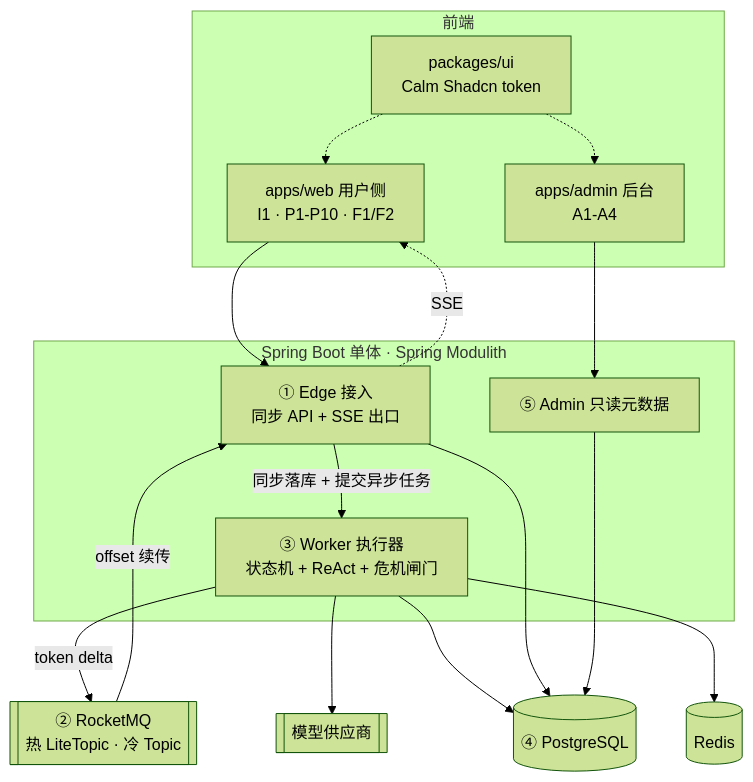
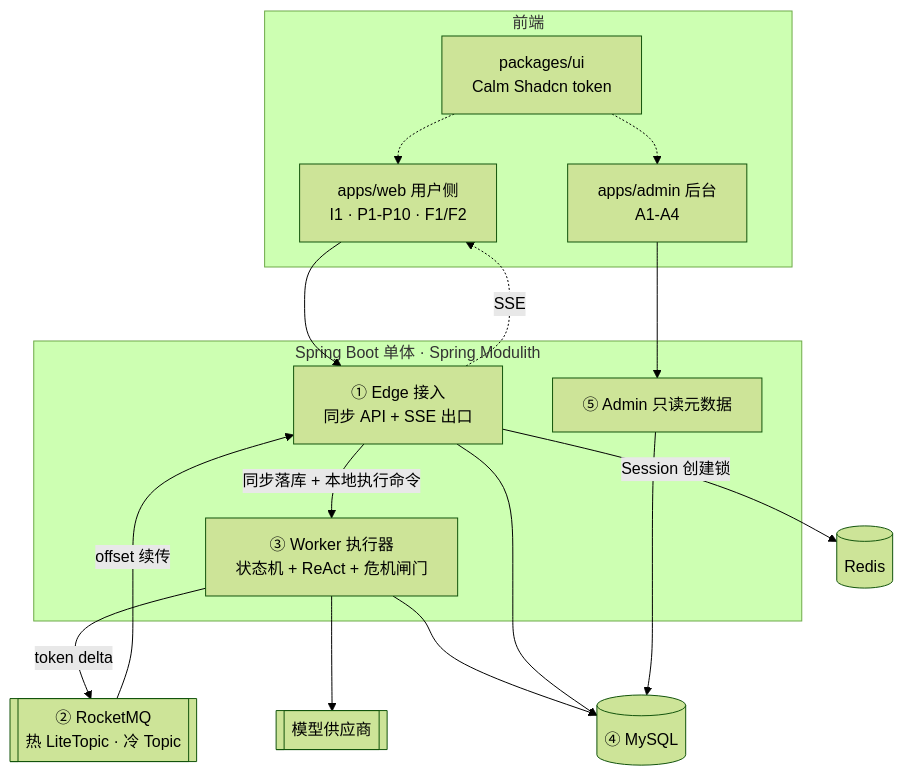
Before and after one commit to Cu1ii/cu1-obisidian: the diagram in project/psychological-reflection-agent/design/technical-architecture-overview.md, drawn with Mermaid (forest theme). The commit also changed other lines of this file and 5 other files, not shown here.

````diff
--- a/project/psychological-reflection-agent/design/technical-architecture-overview.md
+++ b/project/psychological-reflection-agent/design/technical-architecture-overview.md
@@ -20,33 +20,33 @@
 ```mermaid
 flowchart TB
   subgraph FE["前端"]
     W["apps/web 用户侧<br/>I1 · P1-P10 · F1/F2"]
     AD["apps/admin 后台<br/>A1-A4"]
     UI["packages/ui<br/>Calm Shadcn token"]
   end
 
   subgraph BE["Spring Boot 单体 · Spring Modulith"]
     E["① Edge 接入<br/>同步 API + SSE 出口"]
     K["③ Worker 执行器<br/>状态机 + ReAct + 危机闸门"]
     M["⑤ Admin 只读元数据"]
   end
 
   MQ[["② RocketMQ<br/>热 LiteTopic · 冷 Topic"]]
-  DB[("④ PostgreSQL")]
+  DB[("④ MySQL")]
   RD[("Redis")]
   LLM[["模型供应商"]]
 
   W --> E
   AD --> M
   UI -.-> W
   UI -.-> AD
-  E -->|同步落库 + 提交异步任务| K
+  E -->|同步落库 + 本地执行命令| K
   K -->|token delta| MQ
   MQ -->|offset 续传| E
   E -.->|SSE| W
   K --> LLM
   K --> DB
   E --> DB
   M --> DB
-  K --> RD
+  E -->|Session 创建锁| RD
 ```
````
